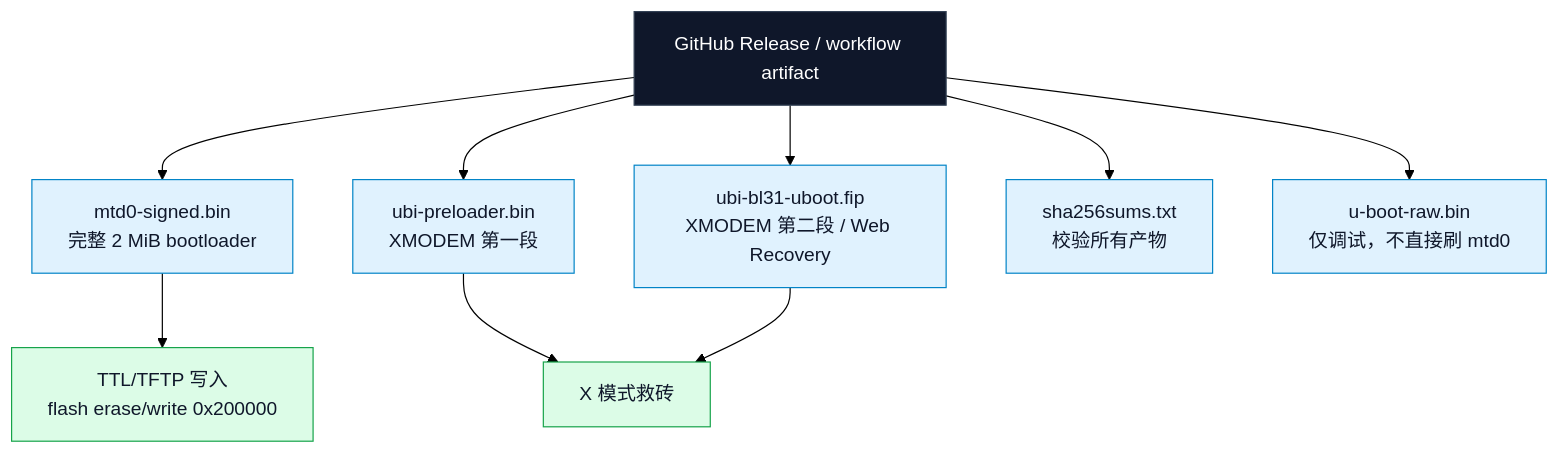
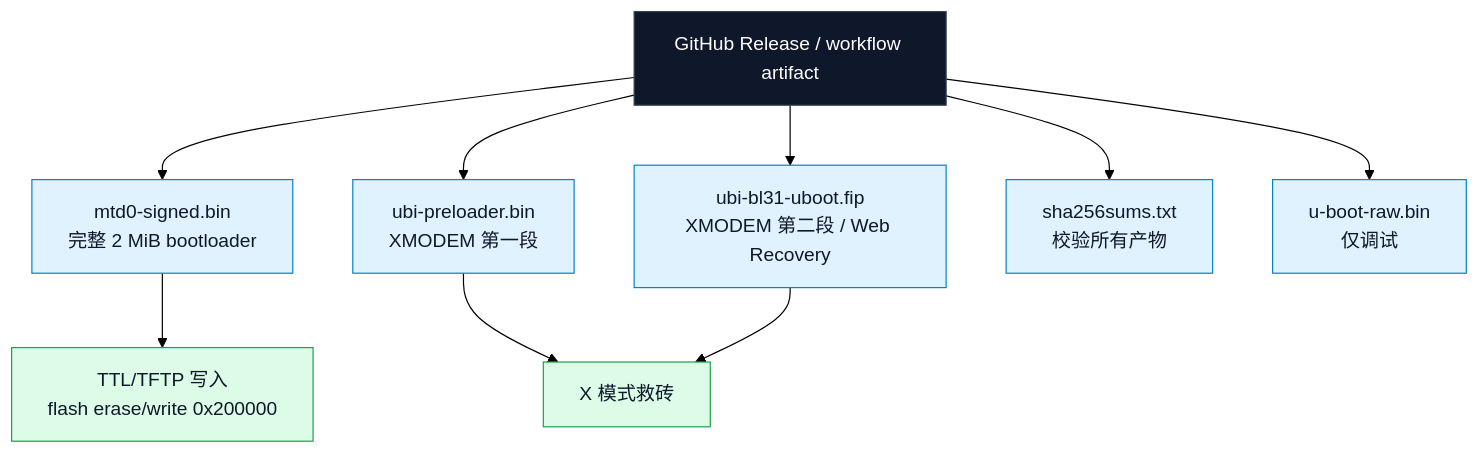
Before and after one commit to naoki66/u-boot-xg2010g: the third of 4 diagrams in README.md, drawn with Mermaid (forest theme). The commit also changed other lines of this file and 4 other files, not shown here.

Commit message:
添加了Web Recovery的按键长按确认逻辑，支持通过环境变量调整等待时间，更新了相关文档和README，新增NAND分区SVG图

````diff
--- a/README.md
+++ b/README.md
@@ -294,20 +273,20 @@
 ```mermaid
 flowchart TD
     R["GitHub Release / workflow artifact"] --> M["mtd0-signed.bin<br/>完整 2 MiB bootloader"]
     R --> P["ubi-preloader.bin<br/>XMODEM 第一段"]
     R --> F["ubi-bl31-uboot.fip<br/>XMODEM 第二段 / Web Recovery"]
     R --> S["sha256sums.txt<br/>校验所有产物"]
-    R --> U["u-boot-raw.bin<br/>仅调试，不直接刷 mtd0"]
+    R --> U["u-boot-raw.bin<br/>仅调试"]
 
     M --> T["TTL/TFTP 写入<br/>flash erase/write 0x200000"]
     P --> X["X 模式救砖"]
     F --> X
 
     classDef root fill:#0f172a,stroke:#334155,color:#ffffff;
     classDef art fill:#e0f2fe,stroke:#0284c7,color:#0f172a;
     classDef use fill:#dcfce7,stroke:#16a34a,color:#0f172a;
 
     class R root;
     class M,P,F,S,U art;
     class T,X use;
 ```
````
